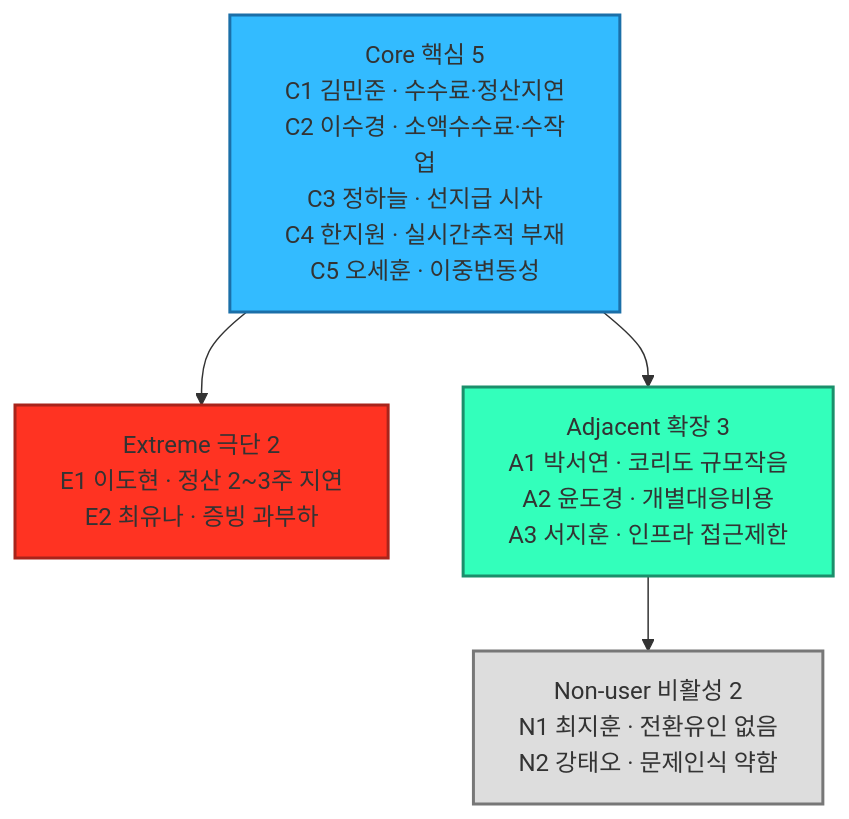
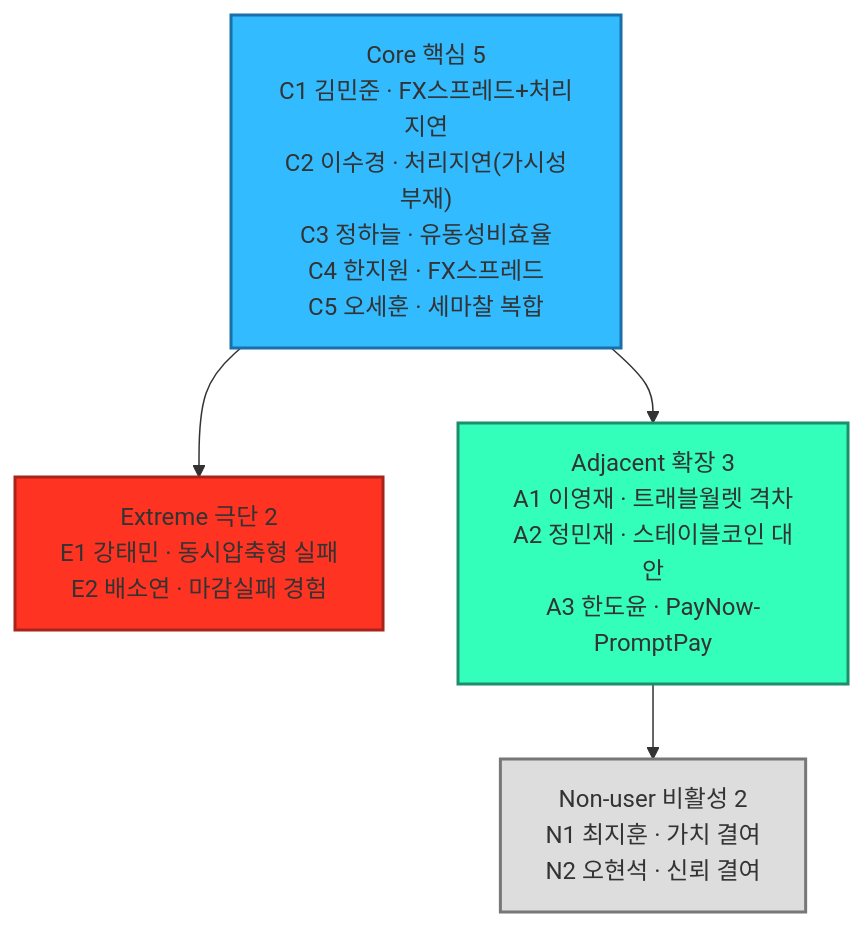
Before and after one commit to jennie-brain/business-analysis-frameworks: the diagram in 05_페르소나_고객여정지도/01_페르소나스펙트럼_분석보고서.md, drawn with Mermaid. The commit also changed other lines of this file and 1 other file, not shown here.

````diff
--- a/05_페르소나_고객여정지도/01_페르소나스펙트럼_분석보고서.md
+++ b/05_페르소나_고객여정지도/01_페르소나스펙트럼_분석보고서.md
@@ -58,16 +61,16 @@
 ```mermaid
 flowchart TB
-    CORE["Core 핵심 5<br/>C1 김민준 · 수수료·정산지연<br/>C2 이수경 · 소액수수료·수작업<br/>C3 정하늘 · 선지급 시차<br/>C4 한지원 · 실시간추적 부재<br/>C5 오세훈 · 이중변동성"]
-    EXT["Extreme 극단 2<br/>E1 이도현 · 정산 2~3주 지연<br/>E2 최유나 · 증빙 과부하"]
-    ADJ["Adjacent 확장 3<br/>A1 박서연 · 코리도 규모작음<br/>A2 윤도경 · 개별대응비용<br/>A3 서지훈 · 인프라 접근제한"]
-    NON["Non-user 비활성 2<br/>N1 최지훈 · 전환유인 없음<br/>N2 강태오 · 문제인식 약함"]
+    CORE["Core 핵심 5<br/>C1 김민준 · FX스프레드+처리지연<br/>C2 이수경 · 처리지연(가시성부재)<br/>C3 정하늘 · 유동성비효율<br/>C4 한지원 · FX스프레드<br/>C5 오세훈 · 세마찰 복합"]
+    EXT["Extreme 극단 2<br/>E1 강태민 · 동시압축형 실패<br/>E2 배소연 · 마감실패 경험"]
+    ADJ["Adjacent 확장 3<br/>A1 이영재 · 트래블월렛 격차<br/>A2 정민재 · 스테이블코인 대안<br/>A3 한도윤 · PayNow-PromptPay"]
+    NON["Non-user 비활성 2<br/>N1 최지훈 · 가치 결여<br/>N2 오현석 · 신뢰 결여"]
 
     CORE --> EXT
     CORE --> ADJ
     ADJ --> NON
 
     style CORE fill:#33BBFF,stroke:#1b6fa8,stroke-width:2px
     style EXT fill:#FF3322,stroke:#a8241b,stroke-width:2px
     style ADJ fill:#33FFBB,stroke:#1b8f6b,stroke-width:2px
     style NON fill:#DDDDDD,stroke:#777777,stroke-width:2px
 ```
````
